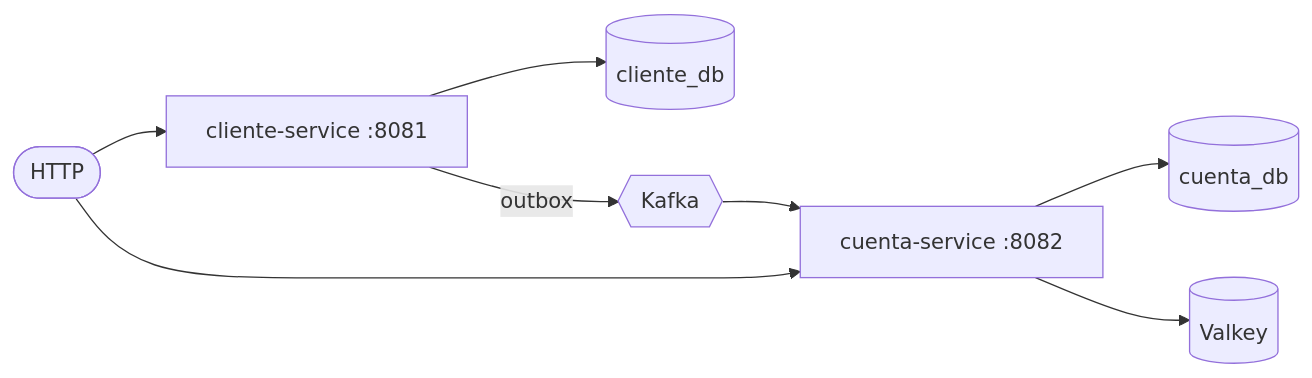
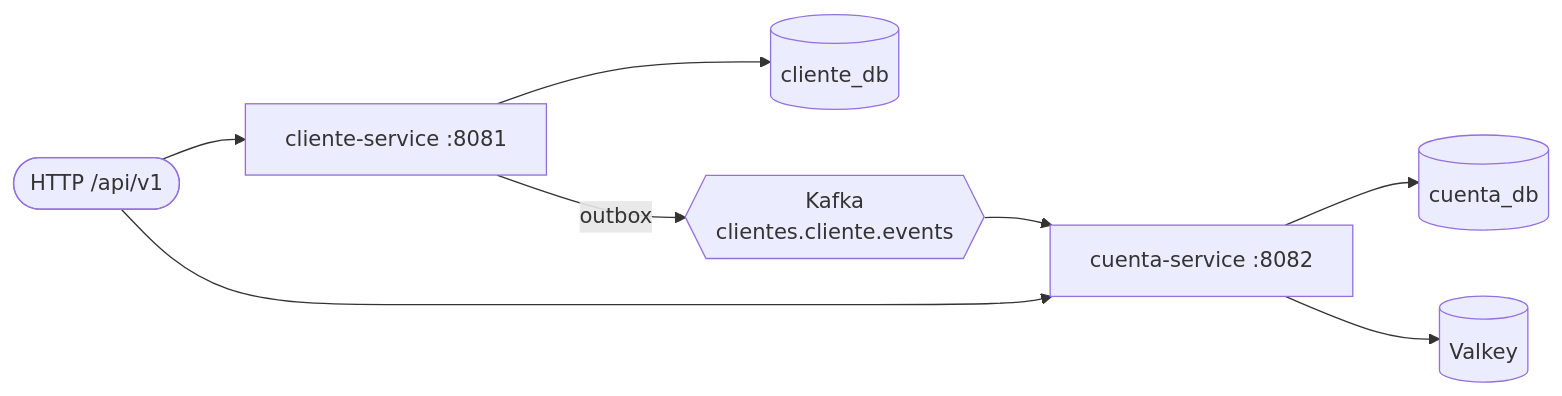
The first of 2 diagrams in README.md (andresmontoyat/devsu), drawn with Mermaid before and after one commit. The commit also changed other lines of this file and 2 other files, not shown here.

````diff
--- a/README.md
+++ b/README.md
@@ -11,10 +29,10 @@
 ```mermaid
 flowchart LR
-    http([HTTP]) --> cs[cliente-service :8081]
+    http([HTTP /api/v1]) --> cs[cliente-service :8081]
     http --> qs[cuenta-service :8082]
     cs --> cdb[(cliente_db)]
-    cs -- outbox --> k{{Kafka}}
+    cs -- outbox --> k{{Kafka<br/>clientes.cliente.events}}
     k --> qs
     qs --> qdb[(cuenta_db)]
     qs --> v[(Valkey)]
 ```
````
